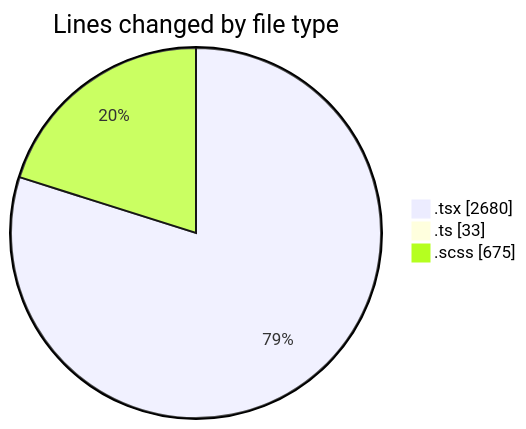
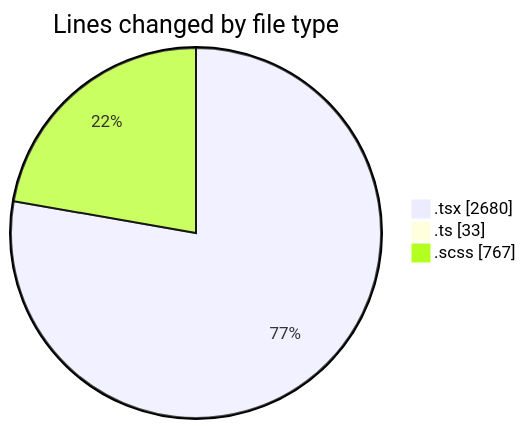
One commit to momahboobian/code-tracking changed the first of 2 diagrams in 2025-02-12/cda/README.md. Above: the diagram before and after it, drawn with Mermaid. The commit also changed other lines of this file and 1 other file, not shown here.

````diff
--- a/2025-02-12/cda/README.md
+++ b/2025-02-12/cda/README.md
@@ -28,7 +29,7 @@
 ```mermaid
 pie showData
 title Lines changed by file type
 ".tsx" : 2680
 ".ts" : 33
-".scss" : 675
+".scss" : 767
 ```
````
